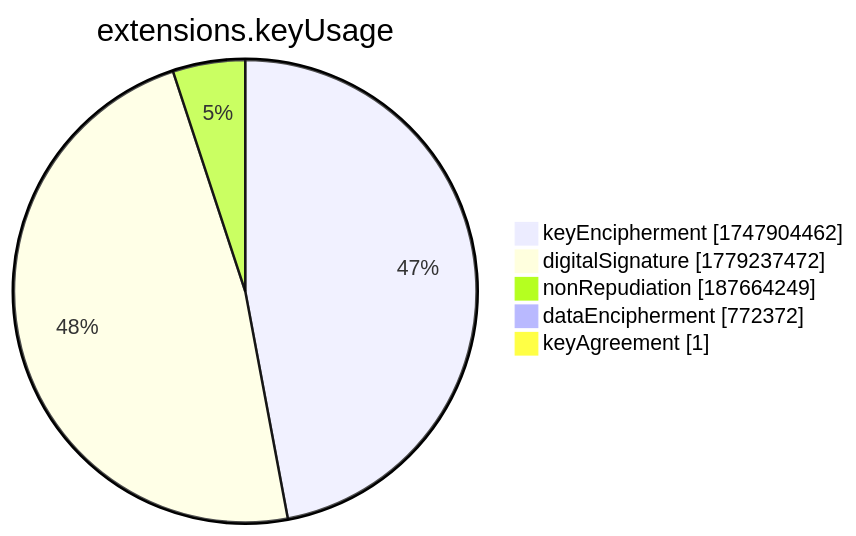
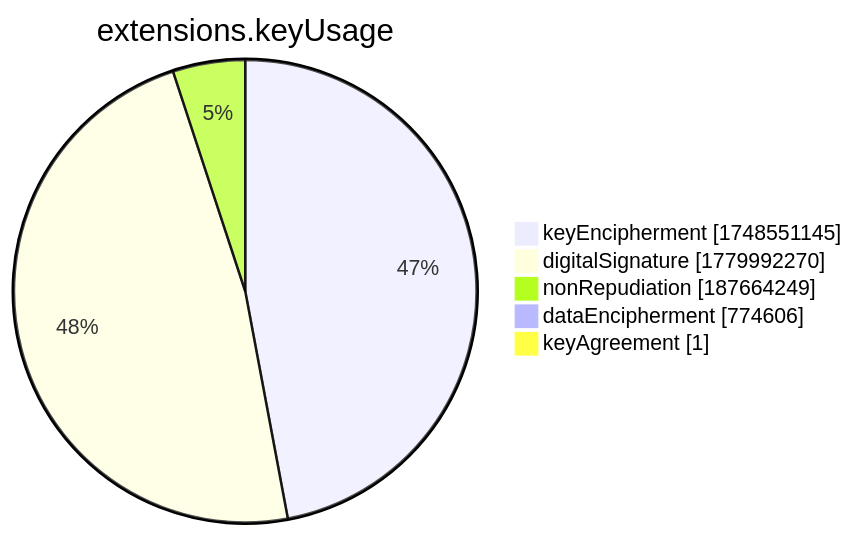
Before and after one commit to christiankrug/ctmonitor_visualization: the seventh of 15 diagrams in xenon2022/README.md, drawn with Mermaid. The commit also changed other lines of this file, not shown here.

````diff
--- a/xenon2022/README.md
+++ b/xenon2022/README.md
@@ -2859,9 +2859,9 @@
 ```mermaid
 pie showData
 title extensions.keyUsage
-"keyEncipherment" :1747904462
-"digitalSignature" :1779237472
+"keyEncipherment" :1748551145
+"digitalSignature" :1779992270
 "nonRepudiation" :187664249
-"dataEncipherment" :772372
+"dataEncipherment" :774606
 "keyAgreement" :1
 ```
````
